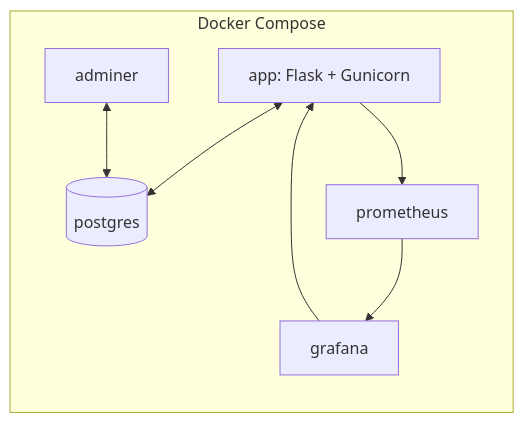
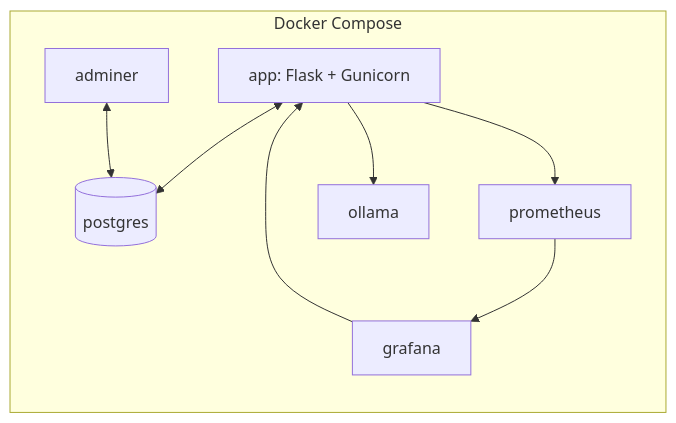
The fourth of 9 diagrams in docs/02-architecture.md (Purinat33/hpc_flask), drawn with Mermaid before and after one commit. The commit also changed other lines of this file and 2 other files, not shown here.

````diff
--- a/docs/02-architecture.md
+++ b/docs/02-architecture.md
@@ -143,16 +156,18 @@
 ```mermaid
 flowchart LR
   subgraph Docker Compose
     app[app: Flask + Gunicorn]
     db[(postgres)]
     adminer[adminer]
     prom[prometheus]
     gra[grafana]
+    ollama[ollama]
   end
 
   app <--> db
   adminer <--> db
   app --> prom
   prom --> gra
   gra --> app
+  app --> ollama
 ```
````
